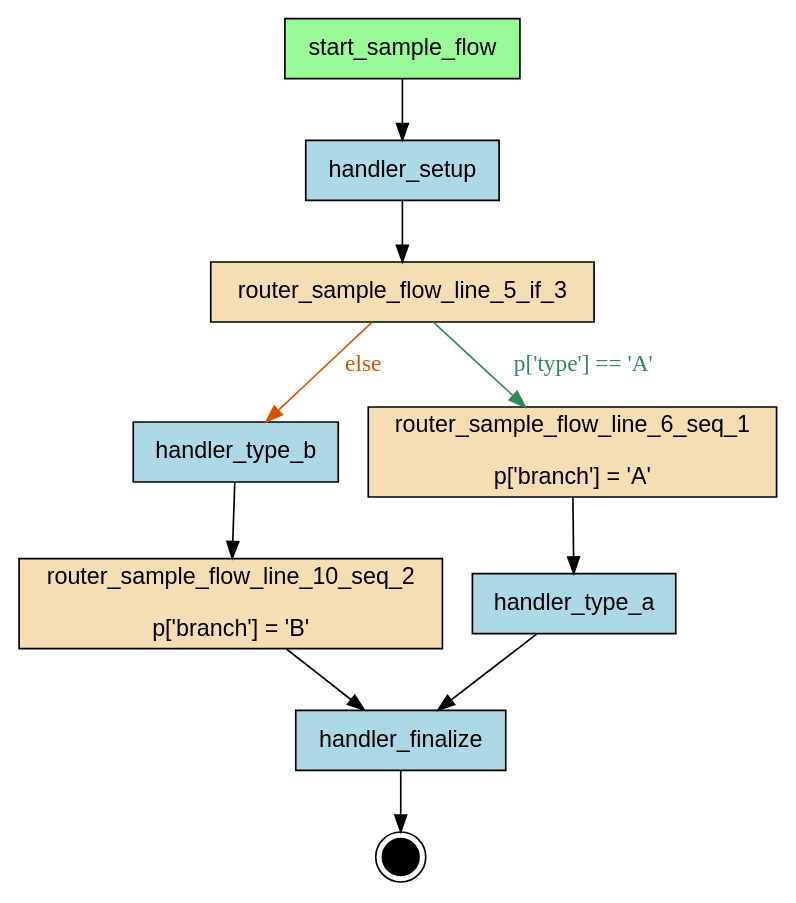
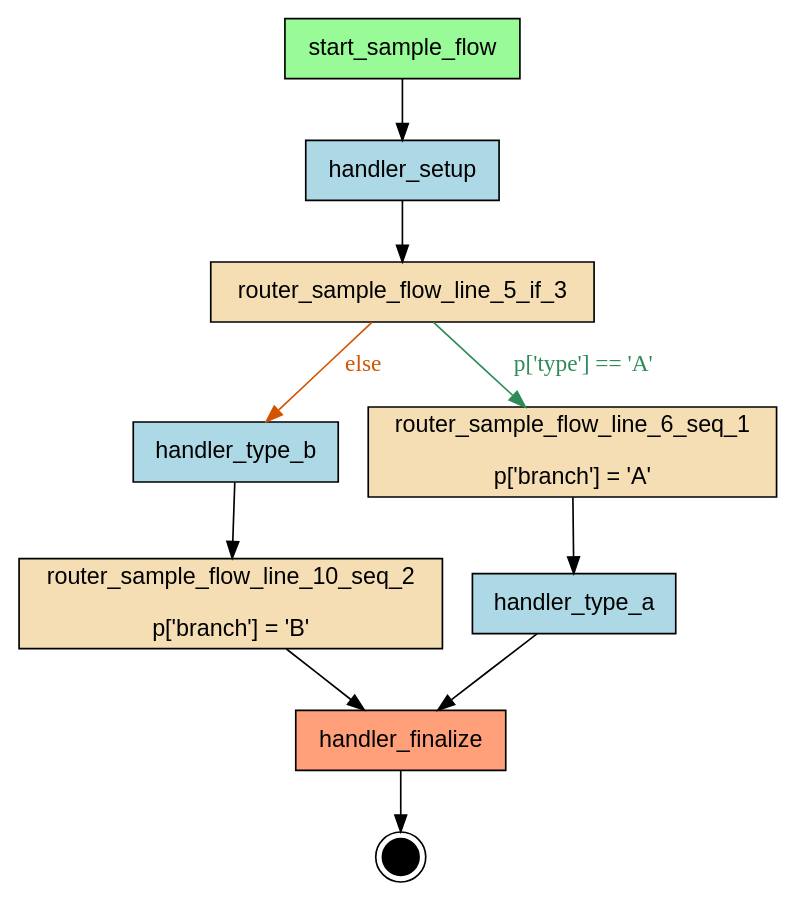
The diagram in docs/img/flows/compiled/sample_flow/flow.dot (deliveryhero/asya), drawn with Graphviz before and after one commit. The commit also changed 11 other files, not shown here.

```diff
--- a/docs/img/flows/compiled/sample_flow/flow.dot
+++ b/docs/img/flows/compiled/sample_flow/flow.dot
@@ -1,27 +1,27 @@
 digraph "sample_flow" {
     rankdir=TB;
     node [shape=box, style=filled, fontname="Helvetica"];
 
     { rank=source; start_sample_flow; }
 
-    handler_finalize [label="handler_finalize", fillcolor=lightblue];
+    handler_finalize [label="handler_finalize", fillcolor=lightsalmon];
     handler_setup [label="handler_setup", fillcolor=lightblue];
     handler_type_a [label="handler_type_a", fillcolor=lightblue];
     handler_type_b [label="handler_type_b", fillcolor=lightblue];
     router_sample_flow_line_10_seq_2 [label="router_sample_flow_line_10_seq_2\n\np['branch'] = 'B'", fillcolor=wheat];
     router_sample_flow_line_5_if_3 [label="router_sample_flow_line_5_if_3", fillcolor=wheat];
     router_sample_flow_line_6_seq_1 [label="router_sample_flow_line_6_seq_1\n\np['branch'] = 'A'", fillcolor=wheat];
     start_sample_flow [label="start_sample_flow", fillcolor=palegreen];
 
     __end__ [label="", shape=doublecircle, fillcolor=black, width=0.3, fixedsize=true];
 
     start_sample_flow -> handler_setup;
     handler_setup -> router_sample_flow_line_5_if_3;
     router_sample_flow_line_6_seq_1 -> handler_type_a;
     router_sample_flow_line_5_if_3 -> router_sample_flow_line_6_seq_1 [label="p['type'] == 'A'", color="#2E8B57", fontcolor="#2E8B57"];
     router_sample_flow_line_5_if_3 -> handler_type_b [label="else", color="#D35400", fontcolor="#D35400"];
     handler_type_b -> router_sample_flow_line_10_seq_2;
     router_sample_flow_line_10_seq_2 -> handler_finalize;
     handler_type_a -> handler_finalize;
     handler_finalize -> __end__;
 }
```
